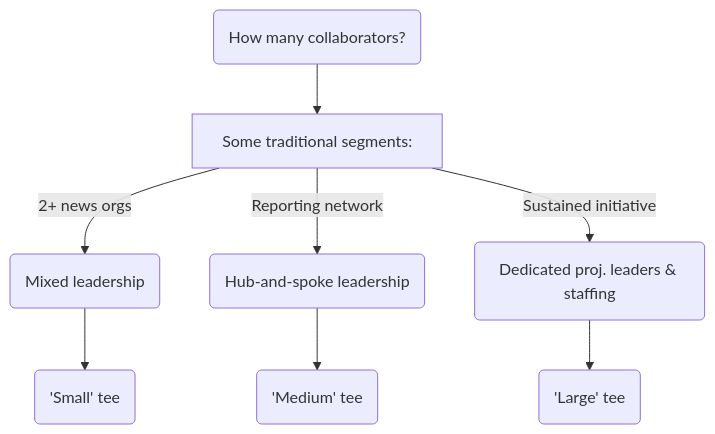
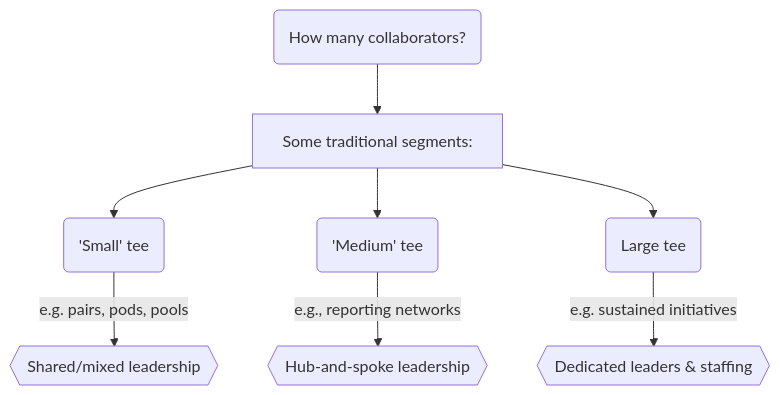
One commit to tiffehr/collaboration-capstone changed the first of 4 diagrams in docs/README.md. Above: the diagram before and after it, drawn with Mermaid.

Commit message:
restructure T-shirt diagram

```diff
--- a/docs/README.md
+++ b/docs/README.md
@@ -23,10 +23,10 @@
 <div class="mermaid">
 graph TD
   A(How many collaborators?) --> B[Some traditional segments:]
-    B -->|2+ news orgs| b1(Mixed leadership)
-      b1 --> sm('Small' tee)
-    B -->|Reporting network| b2(Hub-and-spoke leadership)
-      b2 --> md('Medium' tee)
-    B -->|Sustained initiative| b3(Dedicated proj. leaders & staffing)
-      b3 --> lg('Large' tee)
+    B --> b1('Small' tee)
+      b1 -->|e.g. pairs, pods, pools| sm{{Shared/mixed leadership}}
+    B --> b2('Medium' tee)
+      b2 -->|e.g., reporting networks| md{{Hub-and-spoke leadership}}
+    B --> b3("Large" tee)
+      b3 -->|e.g. sustained initiatives| lg{{Dedicated leaders & staffing}}
 </div>
```
